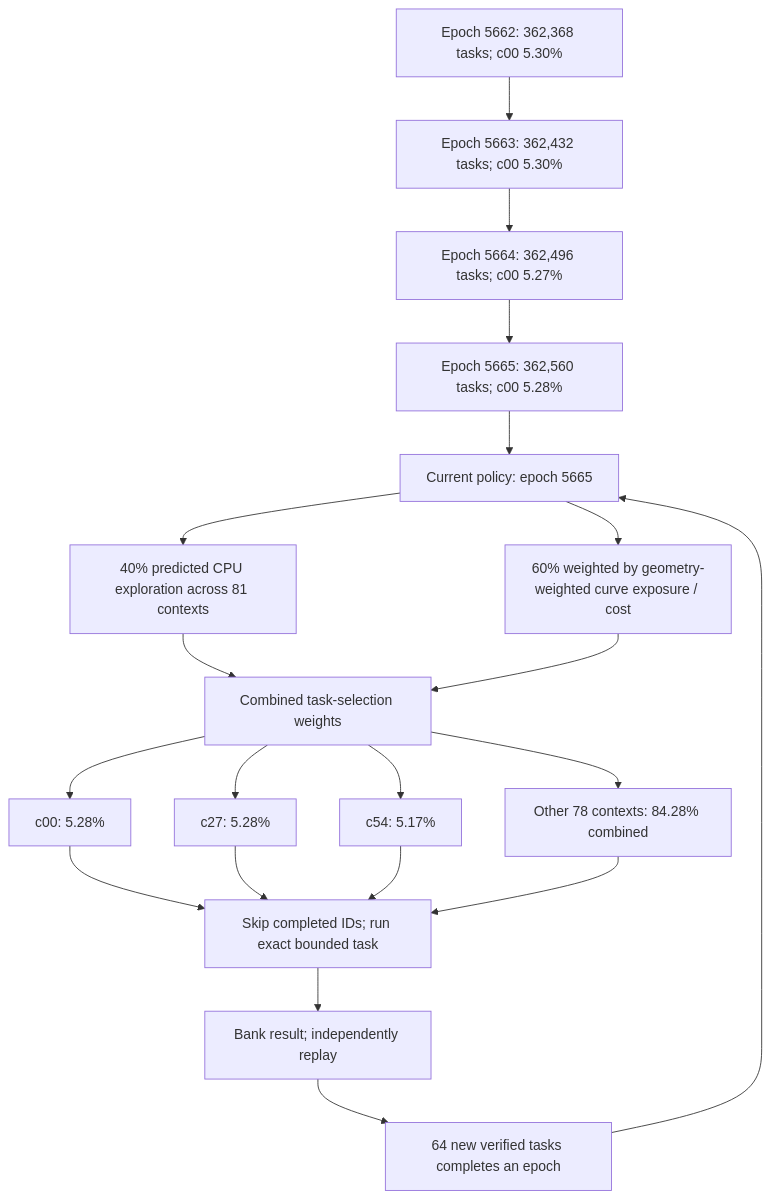
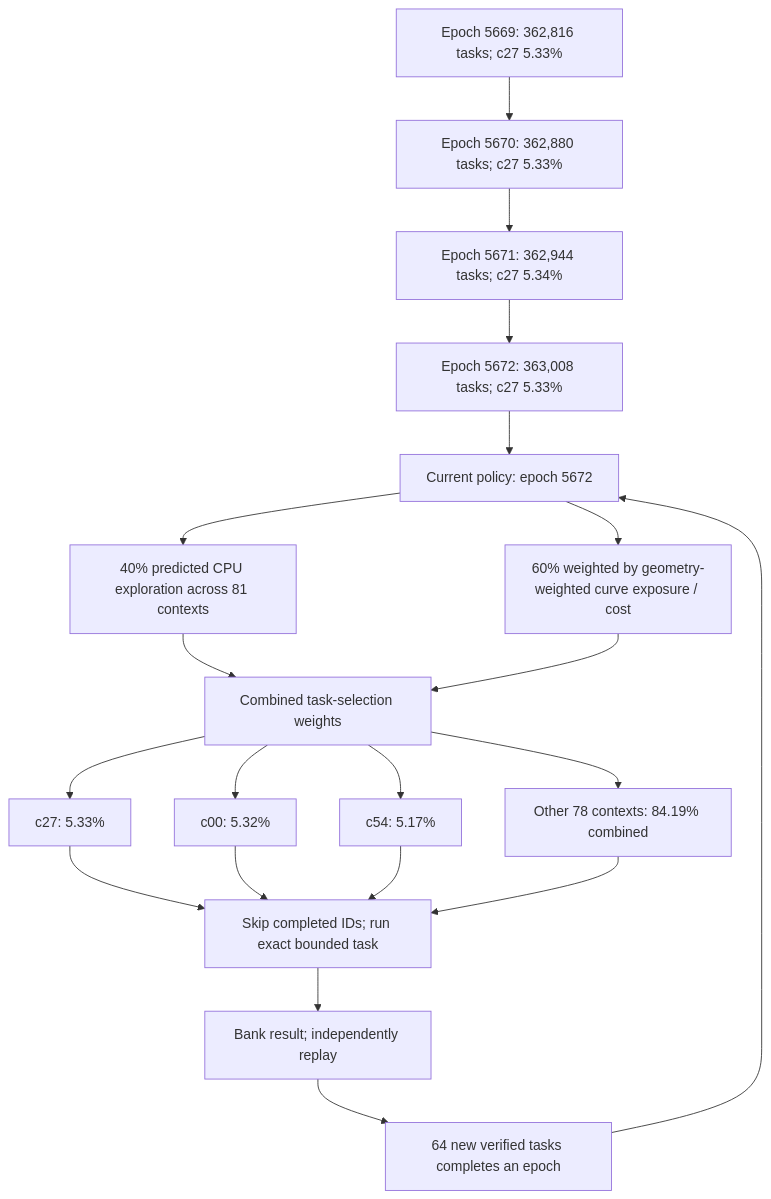
The first of 3 diagrams in README.md (Kuberwastaken/math-gambling), drawn with Mermaid before and after one commit. The commit also changed other lines of this file and 1300 other files, not shown here.

````diff
--- a/README.md
+++ b/README.md
@@ -60,27 +60,27 @@
 ```mermaid
 flowchart TD
-    H0["Epoch 5662: 362,368 tasks; c00 5.30%"]
-    H1["Epoch 5663: 362,432 tasks; c00 5.30%"]
+    H0["Epoch 5669: 362,816 tasks; c27 5.33%"]
+    H1["Epoch 5670: 362,880 tasks; c27 5.33%"]
     H0 --> H1
-    H2["Epoch 5664: 362,496 tasks; c00 5.27%"]
+    H2["Epoch 5671: 362,944 tasks; c27 5.34%"]
     H1 --> H2
-    H3["Epoch 5665: 362,560 tasks; c00 5.28%"]
+    H3["Epoch 5672: 363,008 tasks; c27 5.33%"]
     H2 --> H3
-    Policy["Current policy: epoch 5665"]
+    Policy["Current policy: epoch 5672"]
     H3 --> Policy
     Policy --> Explore["40% predicted CPU exploration across 81 contexts"]
     Policy --> Cost["60% weighted by geometry-weighted curve exposure / cost"]
     Explore --> Mix["Combined task-selection weights"]
     Cost --> Mix
-    Mix --> C0["c00: 5.28%"]
-    Mix --> C1["c27: 5.28%"]
+    Mix --> C0["c27: 5.33%"]
+    Mix --> C1["c00: 5.32%"]
     Mix --> C2["c54: 5.17%"]
-    Mix --> Rest["Other 78 contexts: 84.28% combined"]
+    Mix --> Rest["Other 78 contexts: 84.19% combined"]
     C0 --> Check["Skip completed IDs; run exact bounded task"]
     C1 --> Check
     C2 --> Check
     Rest --> Check
     Check --> Replay["Bank result; independently replay"]
     Replay --> Gate["64 new verified tasks completes an epoch"]
     Gate --> Policy
 ```
````
